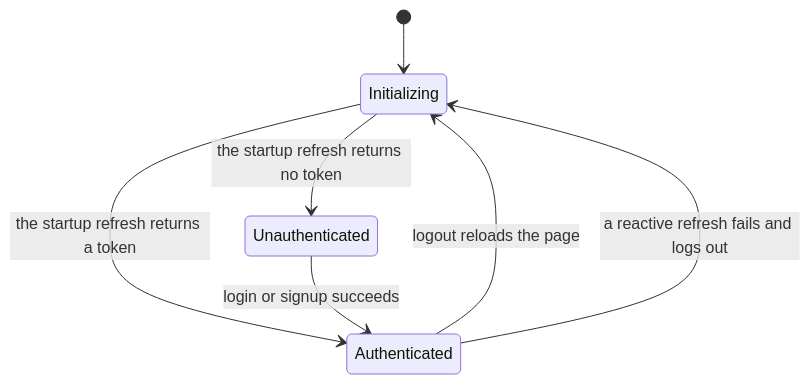
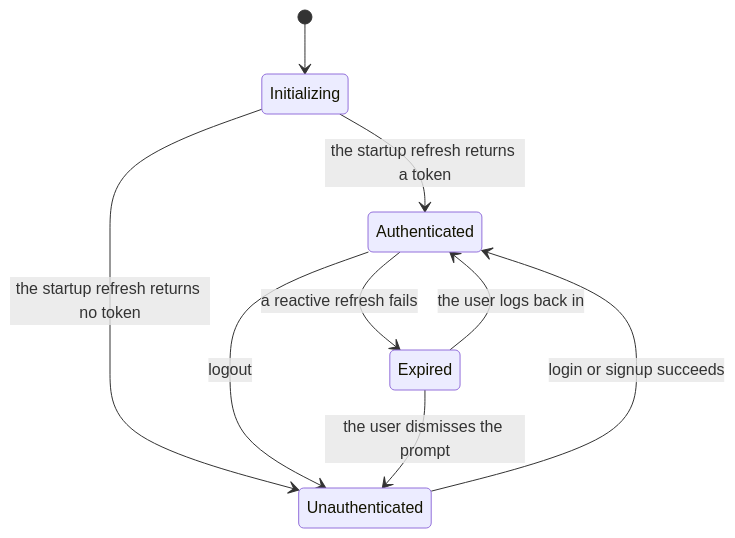
The first of 5 diagrams in web/doc/authentication.v2.md (floels/pinit), drawn with Mermaid before and after one commit. The commit also changed other lines of this file and 20 other files, not shown here.

````diff
--- a/web/doc/authentication.v2.md
+++ b/web/doc/authentication.v2.md
@@ -39,9 +39,11 @@
 ```mermaid
 stateDiagram-v2
     [*] --> Initializing
     Initializing --> Authenticated : the startup refresh returns a token
     Initializing --> Unauthenticated : the startup refresh returns no token
     Unauthenticated --> Authenticated : login or signup succeeds
-    Authenticated --> Initializing : logout reloads the page
-    Authenticated --> Initializing : a reactive refresh fails and logs out
+    Authenticated --> Unauthenticated : logout
+    Authenticated --> Expired : a reactive refresh fails
+    Expired --> Authenticated : the user logs back in
+    Expired --> Unauthenticated : the user dismisses the prompt
 ```
````
